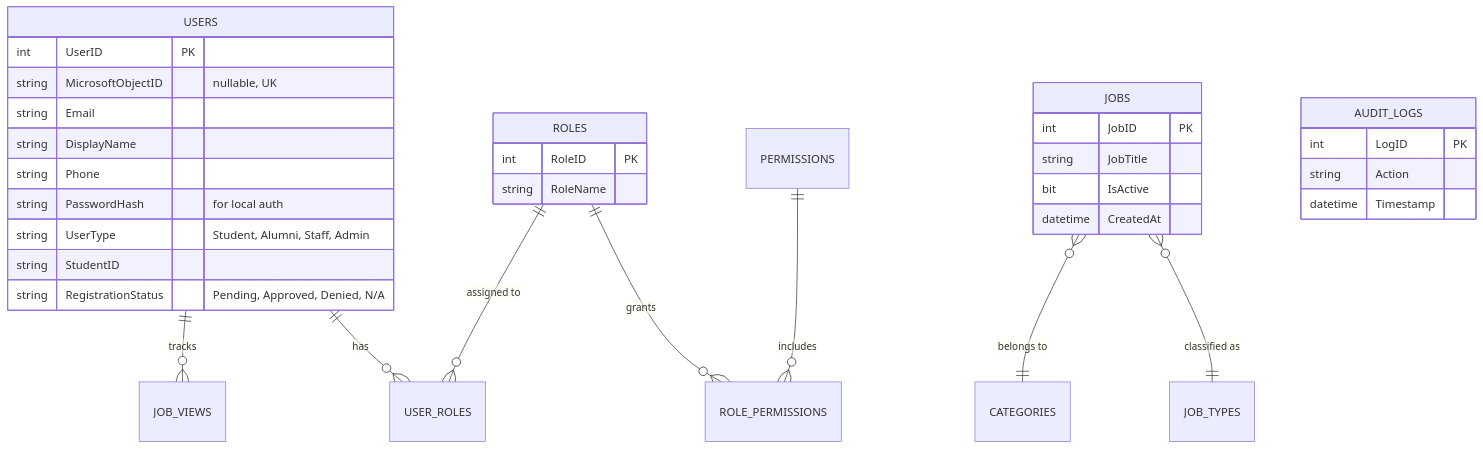
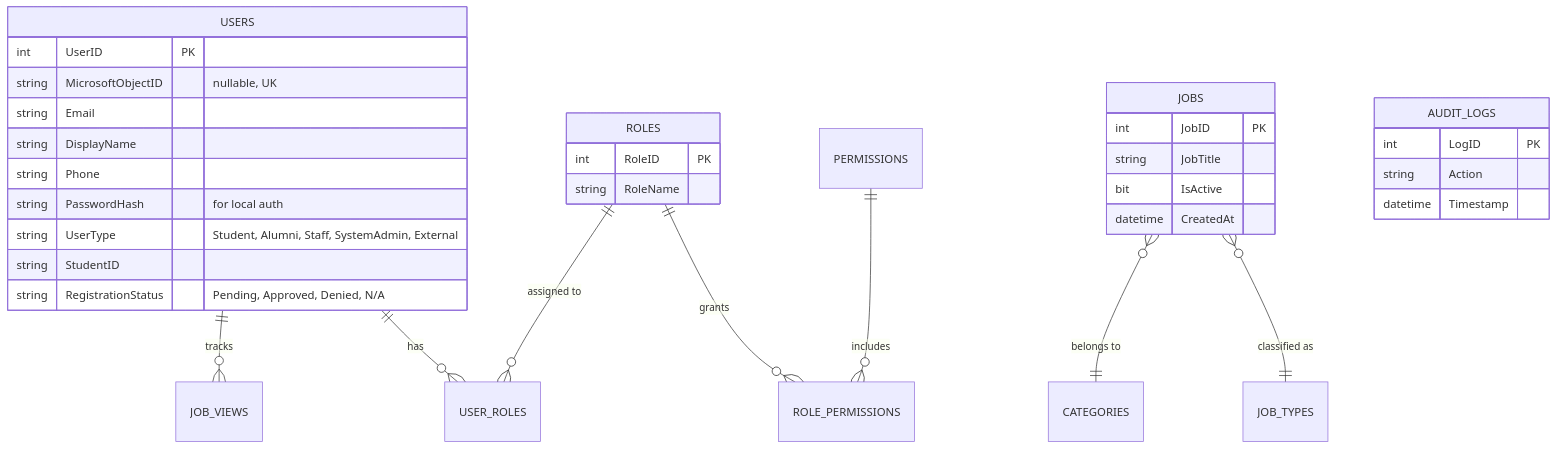
Before and after one commit to sayasyedakmal/careerhubv2-plan: the diagram in docs/db-schema.md, drawn with Mermaid. The commit also changed other lines of this file and 23 other files, not shown here.

````diff
--- a/docs/db-schema.md
+++ b/docs/db-schema.md
@@ -7,40 +7,40 @@
 ```mermaid
 erDiagram
     USERS ||--o{ JOB_VIEWS : "tracks"
     USERS ||--o{ USER_ROLES : "has"
     ROLES ||--o{ USER_ROLES : "assigned to"
     ROLES ||--o{ ROLE_PERMISSIONS : "grants"
     PERMISSIONS ||--o{ ROLE_PERMISSIONS : "includes"
     JOBS }o--|| CATEGORIES : "belongs to"
     JOBS }o--|| JOB_TYPES : "classified as"
 
     USERS {
         int UserID PK
         string MicrosoftObjectID "nullable, UK"
         string Email
         string DisplayName
         string Phone
         string PasswordHash "for local auth"
-        string UserType "Student, Alumni, Staff, Admin"
+        string UserType "Student, Alumni, Staff, SystemAdmin, External"
         string StudentID
         string RegistrationStatus "Pending, Approved, Denied, N/A"
     }
 
     ROLES {
         int RoleID PK
         string RoleName
     }
 
     JOBS {
         int JobID PK
         string JobTitle
         bit IsActive
         datetime CreatedAt
     }
     
     AUDIT_LOGS {
         int LogID PK
         string Action
         datetime Timestamp
     }
 ```
````
